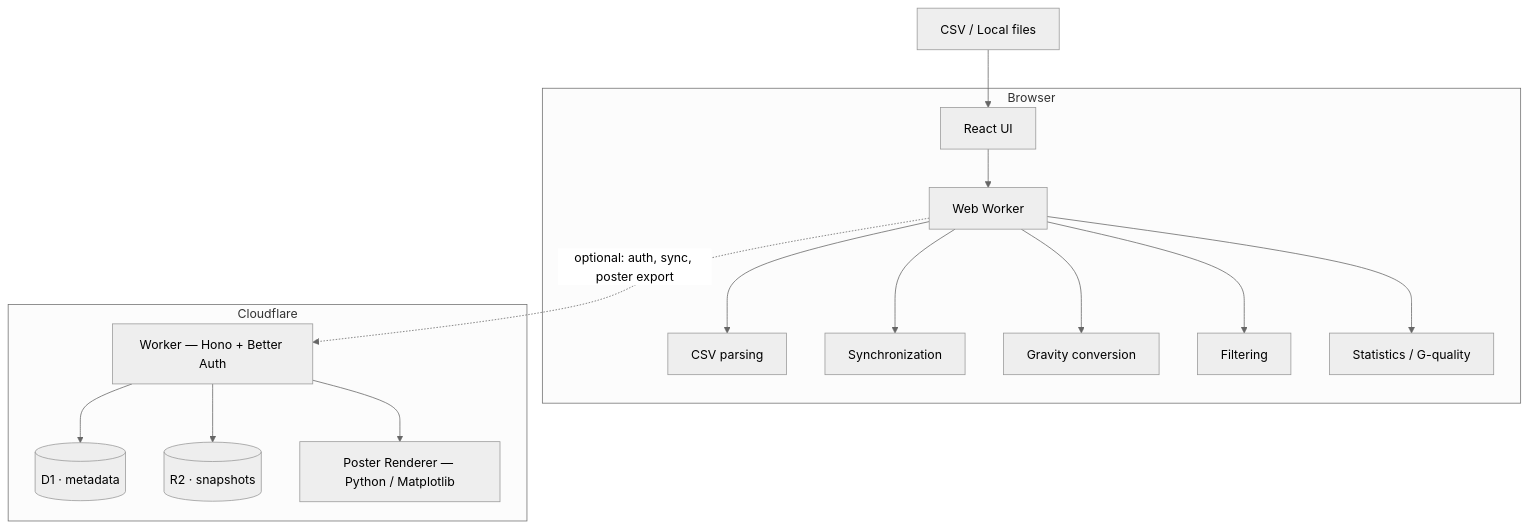
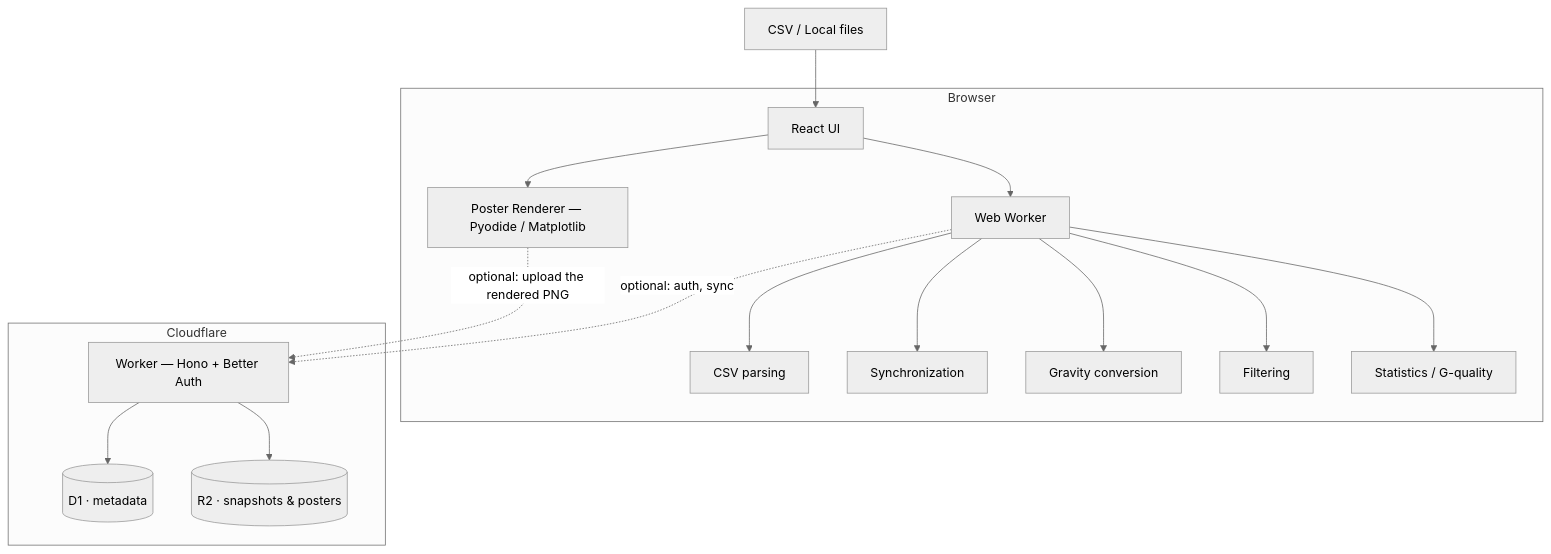
The diagram in README.md (sata04/AAT-Web), drawn with Mermaid (neutral theme) before and after one commit. The commit also changed other lines of this file and 18 other files, not shown here.

````diff
--- a/README.md
+++ b/README.md
@@ -49,21 +49,22 @@
 ```mermaid
 flowchart TD
     csv[CSV / Local files] --> ui
 
     subgraph browser [Browser]
         ui[React UI] --> worker[Web Worker]
         worker --> parse[CSV parsing]
         worker --> sync[Synchronization]
         worker --> gravity[Gravity conversion]
         worker --> filter[Filtering]
         worker --> stats[Statistics / G-quality]
+        ui --> poster[Poster Renderer — Pyodide / Matplotlib]
     end
 
-    worker -. optional: auth, sync, poster export .-> cf
+    worker -. optional: auth, sync .-> cf
+    poster -. optional: upload the rendered PNG .-> cf
 
     subgraph cloudflare [Cloudflare]
         cf[Worker — Hono + Better Auth] --> d1[(D1 · metadata)]
-        cf --> r2[(R2 · snapshots)]
-        cf --> poster[Poster Renderer — Python / Matplotlib]
+        cf --> r2[(R2 · snapshots & posters)]
     end
 ```
````
